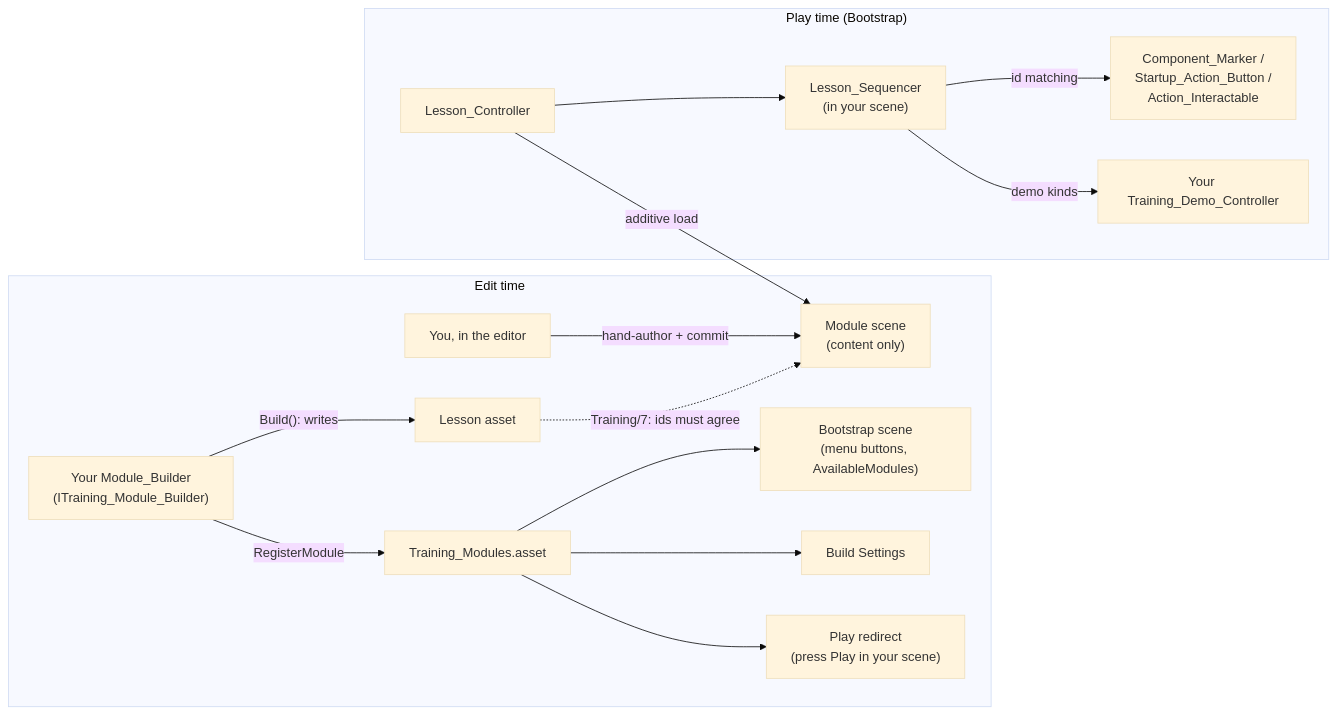
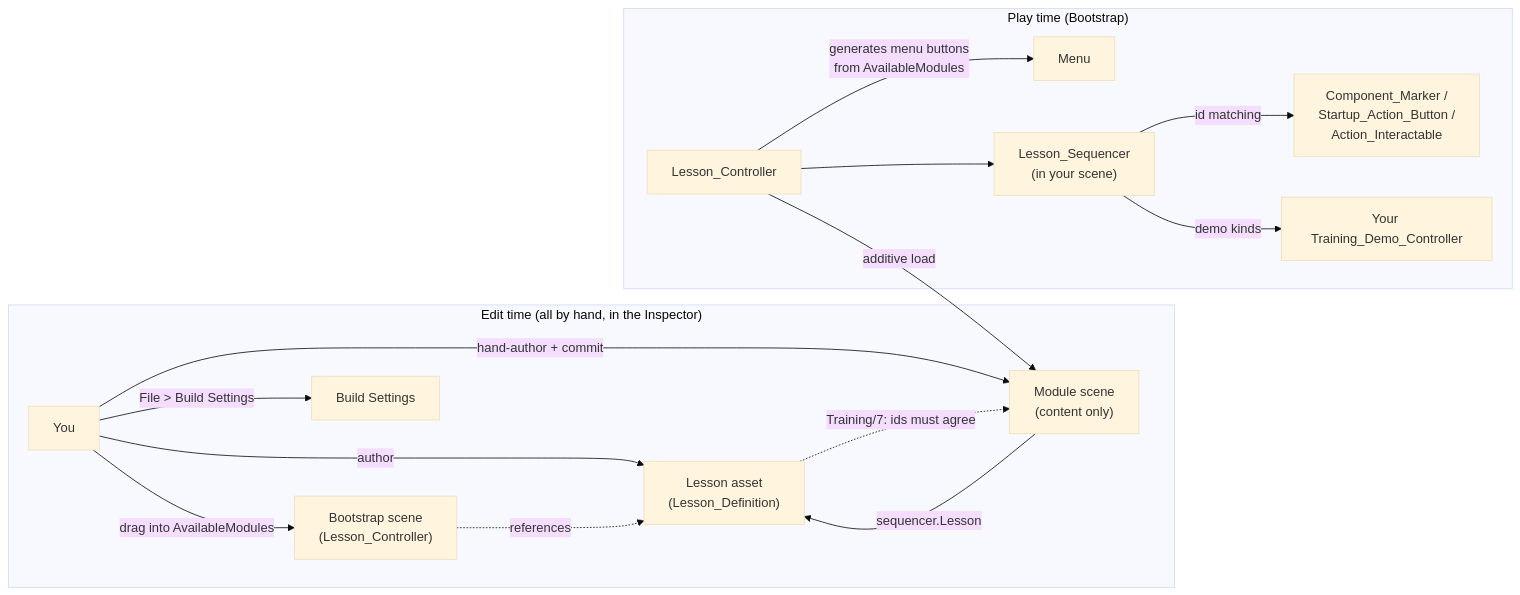
One commit to Feniren/CREST-RASM-Digital-Twin changed the diagram in docs/VR_Modules/05_Module_Framework_HOWTO.md. Above: the diagram before and after it, drawn with Mermaid (base theme). The commit also changed other lines of this file and 1 other file, not shown here.

First line of the commit message:
docs(training): HOWTO around author/reference/validate; mark migration doc superseded

````diff
--- a/docs/VR_Modules/05_Module_Framework_HOWTO.md
+++ b/docs/VR_Modules/05_Module_Framework_HOWTO.md
@@ -27,18 +29,19 @@
 ```mermaid
 flowchart LR
-    subgraph Editor["Edit time"]
-        MB["Your Module_Builder\n(ITraining_Module_Builder)"] -->|"Build(): writes"| Les["Lesson asset"]
-        MB -->|RegisterModule| Reg["Training_Modules.asset"]
-        You["You, in the editor"] -->|"hand-author + commit"| Scene["Module scene\n(content only)"]
+    subgraph Editor["Edit time (all by hand, in the Inspector)"]
+        You["You"] -->|author| Les["Lesson asset\n(Lesson_Definition)"]
+        You -->|"hand-author + commit"| Scene["Module scene\n(content only)"]
+        Scene -->|"sequencer.Lesson"| Les
+        You -->|"drag into AvailableModules"| Boot["Bootstrap scene\n(Lesson_Controller)"]
+        Boot -.->|references| Les
+        You -->|"File > Build Settings"| BS["Build Settings"]
         Les -.->|"Training/7: ids must agree"| Scene
-        Reg --> Boot["Bootstrap scene\n(menu buttons, AvailableModules)"]
-        Reg --> BS["Build Settings"]
-        Reg --> PR["Play redirect\n(press Play in your scene)"]
     end
     subgraph Runtime["Play time (Bootstrap)"]
-        LC["Lesson_Controller"] -->|additive load| Scene
+        LC["Lesson_Controller"] -->|"generates menu buttons\nfrom AvailableModules"| Menu["Menu"]
+        LC -->|additive load| Scene
         LC --> Seq["Lesson_Sequencer\n(in your scene)"]
         Seq -->|"id matching"| Int["Component_Marker /\nStartup_Action_Button /\nAction_Interactable"]
         Seq -->|demo kinds| Demo["Your Training_Demo_Controller"]
     end
 ```
````
